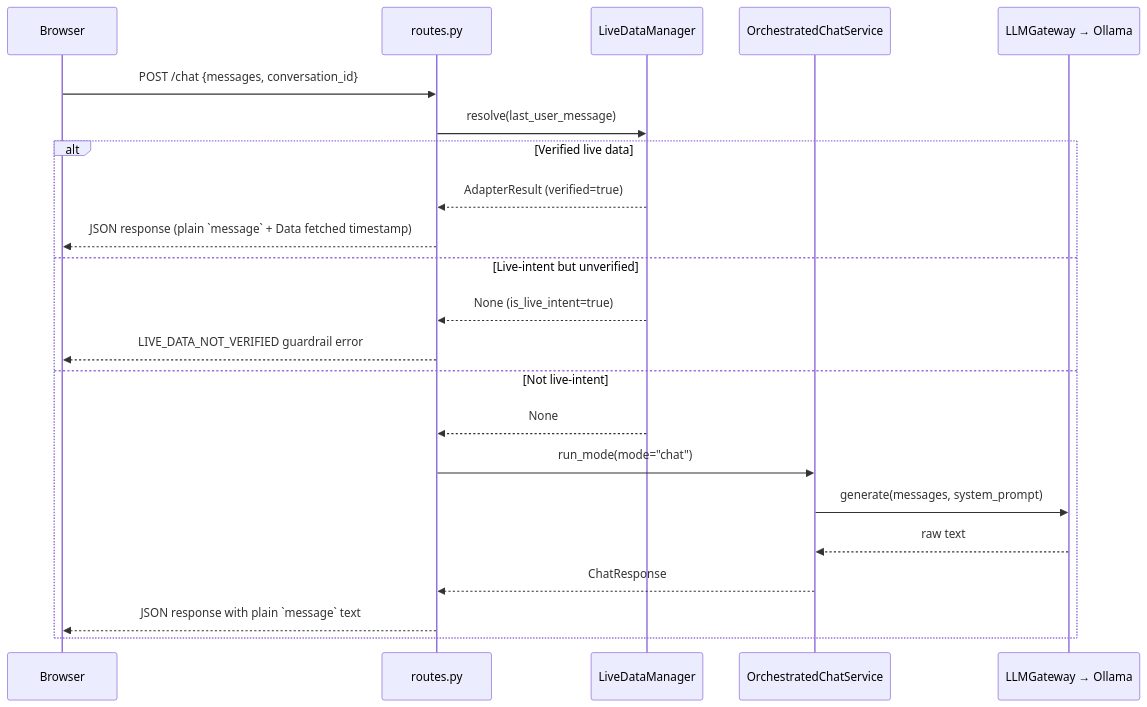
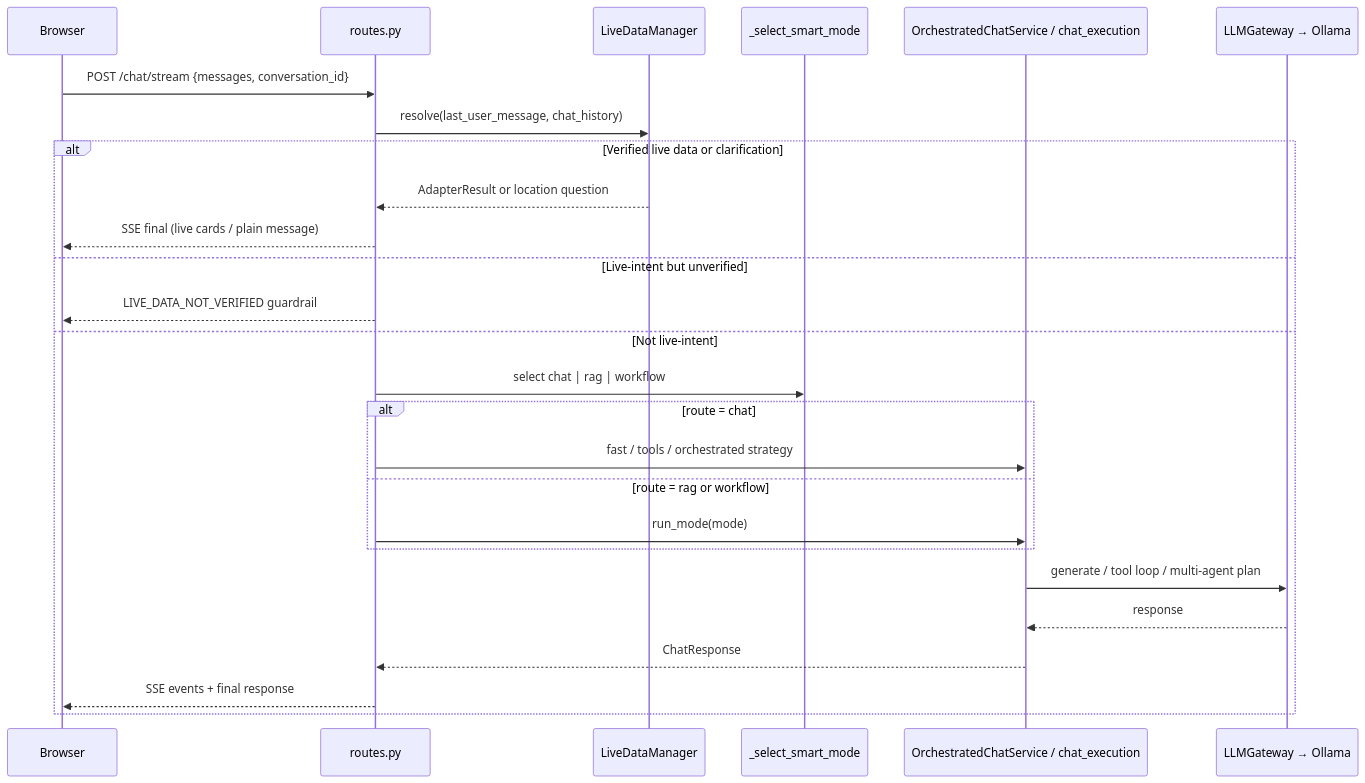
The third of 12 diagrams in docs/architecture.md (sreeram843/personal-ai), drawn with Mermaid before and after one commit. The commit also changed other lines of this file and 52 other files, not shown here.

First line of the commit message:
Add nearby places live data and fix smart chat routing.

````diff
--- a/docs/architecture.md
+++ b/docs/architecture.md
@@ -127,25 +158,29 @@
 ```mermaid
 sequenceDiagram
     participant Browser
     participant Routes as routes.py
     participant LD as LiveDataManager
-    participant Orch as OrchestratedChatService
+    participant Route as _select_smart_mode
+    participant Orch as OrchestratedChatService / chat_execution
     participant LLM as LLMGateway → Ollama
 
-    Browser->>Routes: POST /chat {messages, conversation_id}
-    Routes->>LD: resolve(last_user_message)
-    alt Verified live data
-        LD-->>Routes: AdapterResult (verified=true)
-        Routes-->>Browser: JSON response (plain `message` + Data fetched timestamp)
+    Browser->>Routes: POST /chat/stream {messages, conversation_id}
+    Routes->>LD: resolve(last_user_message, chat_history)
+    alt Verified live data or clarification
+        LD-->>Routes: AdapterResult or location question
+        Routes-->>Browser: SSE final (live cards / plain message)
     else Live-intent but unverified
-        LD-->>Routes: None (is_live_intent=true)
-        Routes-->>Browser: LIVE_DATA_NOT_VERIFIED guardrail error
+        Routes-->>Browser: LIVE_DATA_NOT_VERIFIED guardrail
     else Not live-intent
-        LD-->>Routes: None
-        Routes->>Orch: run_mode(mode="chat")
-        Orch->>LLM: generate(messages, system_prompt)
-        LLM-->>Orch: raw text
+        Routes->>Route: select chat | rag | workflow
+        alt route = chat
+            Routes->>Orch: fast / tools / orchestrated strategy
+        else route = rag or workflow
+            Routes->>Orch: run_mode(mode)
+        end
+        Orch->>LLM: generate / tool loop / multi-agent plan
+        LLM-->>Orch: response
         Orch-->>Routes: ChatResponse
-        Routes-->>Browser: JSON response with plain `message` text
+        Routes-->>Browser: SSE events + final response
     end
 ```
````
